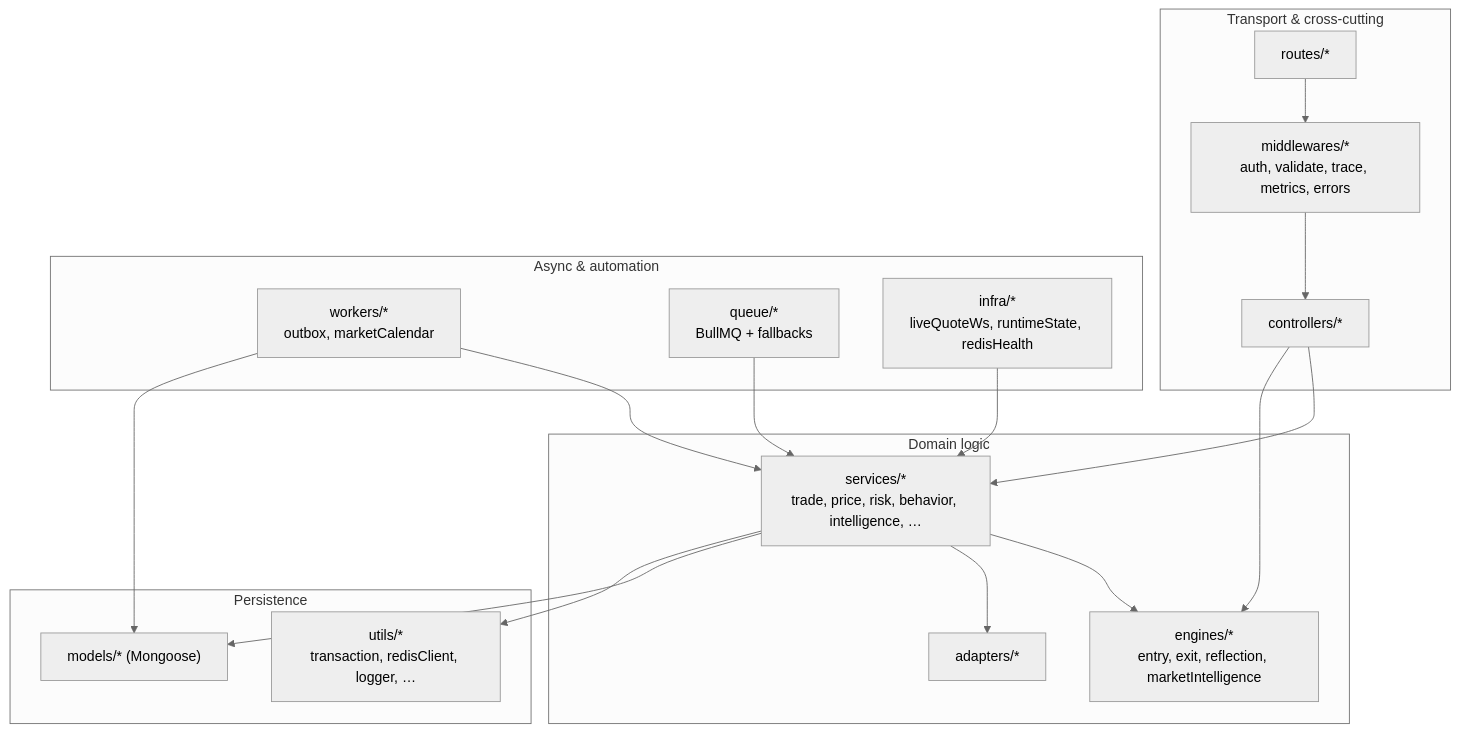
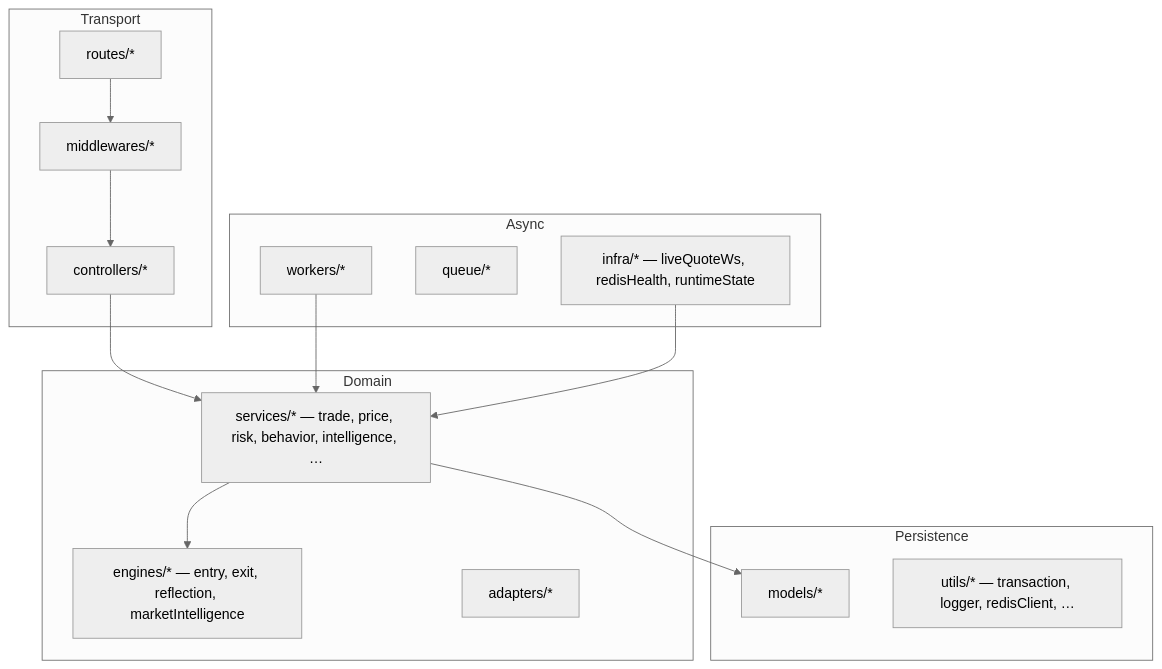
Before and after one commit to shreyash-sj10/Noesis: the second of 3 diagrams in README.md, drawn with Mermaid (neutral theme). The commit also changed other lines of this file, not shown here.

````diff
--- a/README.md
+++ b/README.md
@@ -113,37 +127,32 @@
 ```mermaid
 flowchart TB
-  subgraph Transport["Transport & cross-cutting"]
+  subgraph Transport["Transport"]
     R["routes/*"]
-    MW["middlewares/*<br/>auth, validate, trace, metrics, errors"]
+    MW["middlewares/*"]
     CTL["controllers/*"]
   end
 
-  subgraph Domain["Domain logic"]
-    ENG["engines/*<br/>entry, exit, reflection, marketIntelligence"]
-    SVC["services/*<br/>trade, price, risk, behavior, intelligence, …"]
+  subgraph Domain["Domain"]
+    ENG["engines/* — entry, exit, reflection, marketIntelligence"]
+    SVC["services/* — trade, price, risk, behavior, intelligence, …"]
     ADP["adapters/*"]
   end
 
-  subgraph Async["Async & automation"]
-    WKR["workers/*<br/>outbox, marketCalendar"]
-    QUE["queue/*<br/>BullMQ + fallbacks"]
-    INF["infra/*<br/>liveQuoteWs, runtimeState, redisHealth"]
+  subgraph Async["Async"]
+    WKR["workers/*"]
+    QUE["queue/*"]
+    INF["infra/* — liveQuoteWs, redisHealth, runtimeState"]
   end
 
   subgraph Persistence["Persistence"]
-    MOD["models/* (Mongoose)"]
-    UTL["utils/*<br/>transaction, redisClient, logger, …"]
+    MOD["models/*"]
+    UTL["utils/* — transaction, logger, redisClient, …"]
   end
 
   R --> MW --> CTL
   CTL --> SVC
-  CTL --> ENG
   SVC --> ENG
-  SVC --> ADP
   SVC --> MOD
-  SVC --> UTL
   WKR --> SVC
-  WKR --> MOD
-  QUE --> SVC
   INF --> SVC
 ```
````
